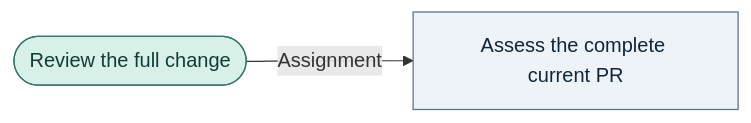
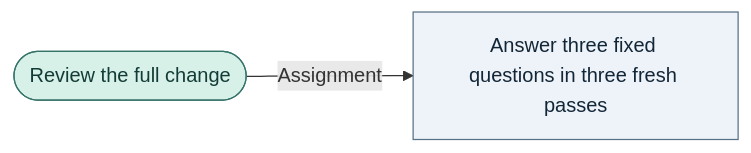
The diagram in docs/graph/blueprint/views/workers/reviewer.mmd (bookout-labs/tools), drawn with Mermaid before and after one commit. The commit also changed 40 other files, not shown here.

```diff
--- a/docs/graph/blueprint/views/workers/reviewer.mmd
+++ b/docs/graph/blueprint/views/workers/reviewer.mmd
@@ -1,9 +1,9 @@
 flowchart LR
     n0(["Review the full change"]):::worker
-    n1["Assess the complete current PR"]:::step
+    n1["Answer three fixed questions in three fresh passes"]:::step
     n0 -->|"Assignment"| n1
     classDef stage fill:#dcebf8,stroke:#315675,color:#10283b
     classDef step fill:#edf3f8,stroke:#597187,color:#132638
     classDef worker fill:#d7f0e8,stroke:#357369,color:#133c36
     classDef gate fill:#fff0c9,stroke:#89641f,color:#3f2b0b
     classDef terminal fill:#f0f0f0,stroke:#666666,color:#202020
```
